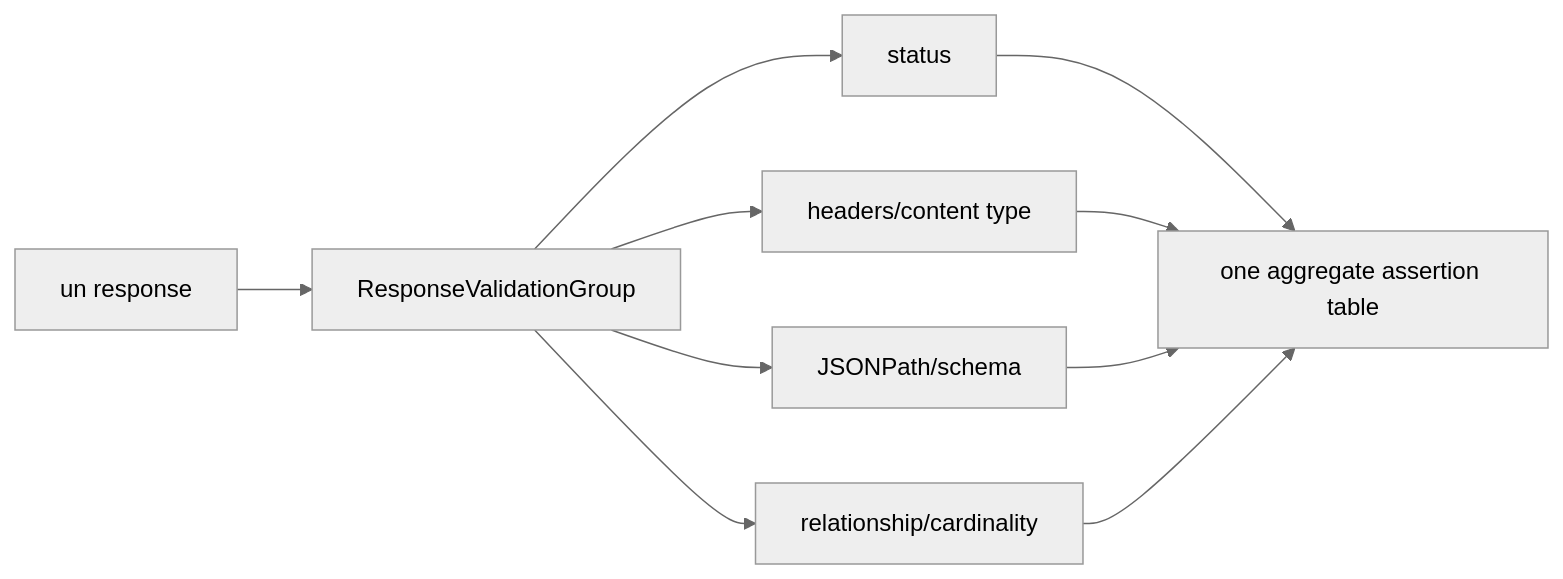
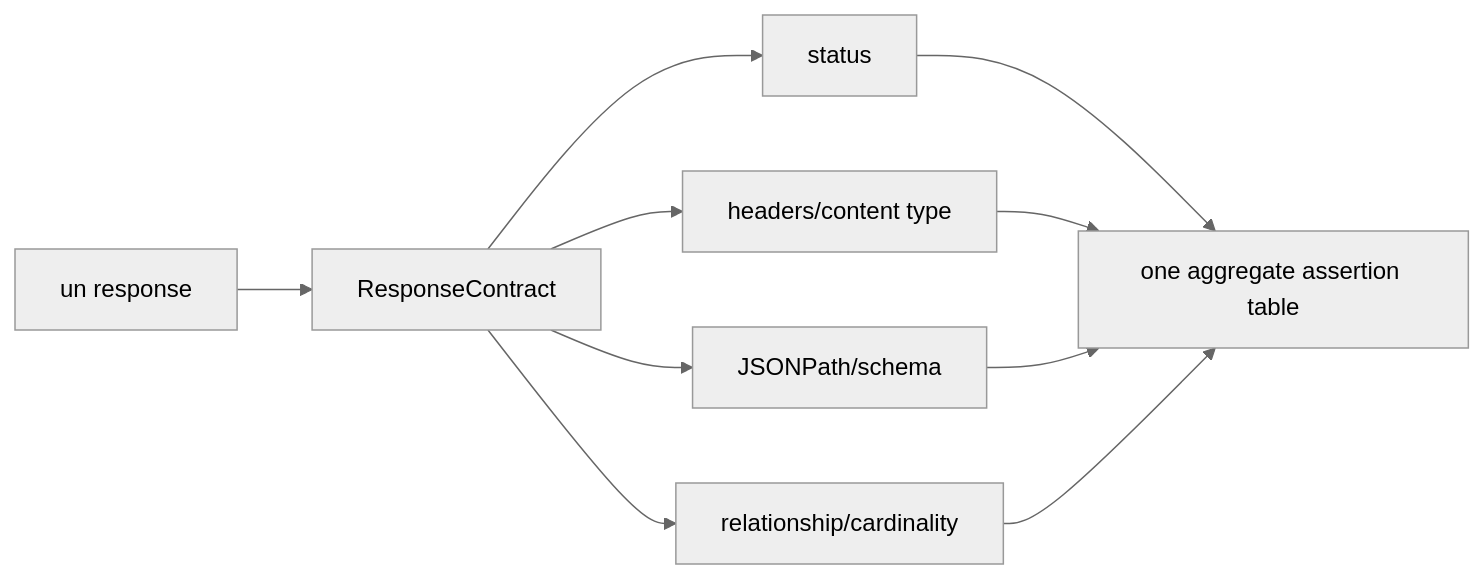
The sixth of 8 diagrams in docs/README_Atf_BestPractices.md (crististefanita/CS1), drawn with Mermaid (neutral theme) before and after one commit. The commit also changed other lines of this file and 210 other files, not shown here.

````diff
--- a/docs/README_Atf_BestPractices.md
+++ b/docs/README_Atf_BestPractices.md
@@ -205,12 +223,12 @@
 ```mermaid
 flowchart LR
-    R[un response] --> G[ResponseValidationGroup]
+    R[un response] --> G[ResponseContract]
     G --> S[status]
     G --> H[headers/content type]
     G --> J[JSONPath/schema]
     G --> L[relationship/cardinality]
     S --> T[one aggregate assertion table]
     H --> T
     J --> T
     L --> T
 ```
````
